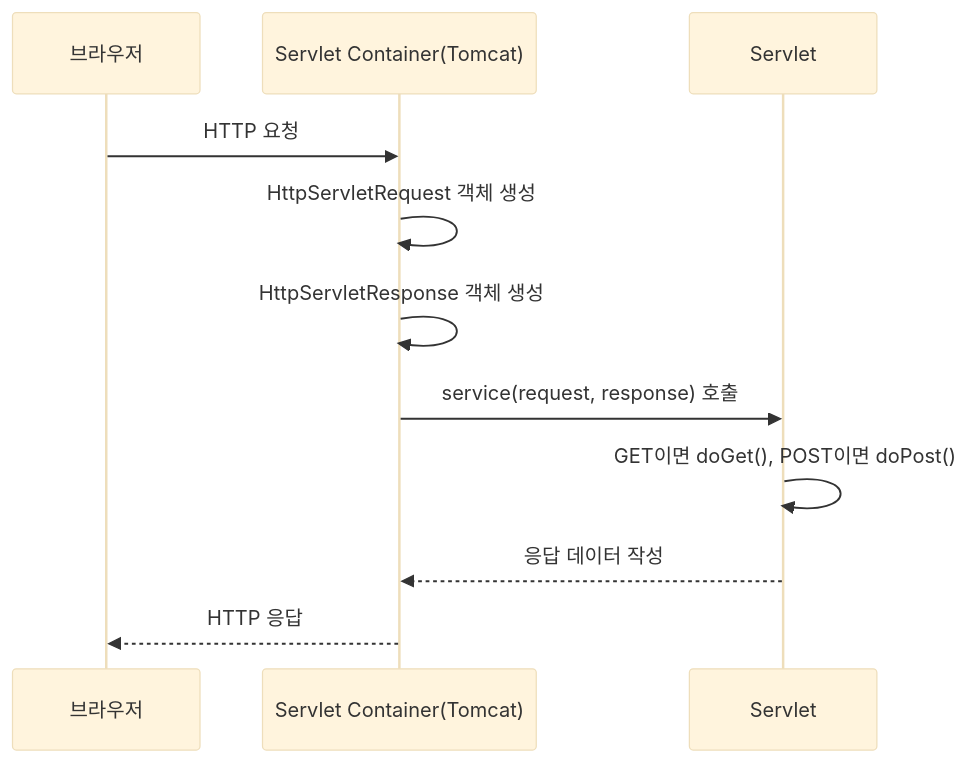
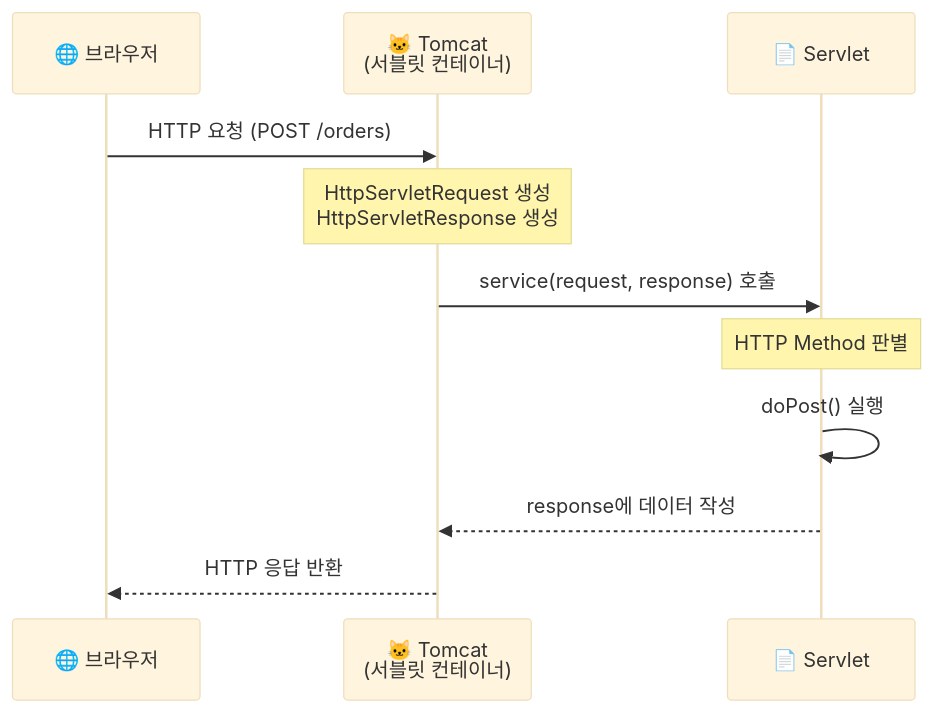
Before and after one commit to yjkim2015/yjkim2015.github.io: the first of 10 diagrams in _posts/spring/2026-05-02-spring-mvc-deep.md, drawn with Mermaid (base theme). The commit also changed other lines of this file and 32 other files, not shown here.

````diff
--- a/_posts/spring/2026-05-02-spring-mvc-deep.md
+++ b/_posts/spring/2026-05-02-spring-mvc-deep.md
@@ -22,14 +28,14 @@
 ```mermaid
 sequenceDiagram
-    participant B as 브라우저
-    participant S as Servlet Container(Tomcat)
-    participant Sv as Servlet
+    participant B as 🌐 브라우저
+    participant T as 🐱 Tomcat<br/>(서블릿 컨테이너)
+    participant S as 📄 Servlet
 
-    B->>S: HTTP 요청
-    S->>S: HttpServletRequest 객체 생성
-    S->>S: HttpServletResponse 객체 생성
-    S->>Sv: service(request, response) 호출
-    Sv->>Sv: GET이면 doGet(), POST이면 doPost()
-    Sv-->>S: 응답 데이터 작성
-    S-->>B: HTTP 응답
+    B->>T: HTTP 요청 (POST /orders)
+    Note over T: HttpServletRequest 생성<br/>HttpServletResponse 생성
+    T->>S: service(request, response) 호출
+    Note over S: HTTP Method 판별
+    S->>S: doPost() 실행
+    S-->>T: response에 데이터 작성
+    T-->>B: HTTP 응답 반환
 ```
````
